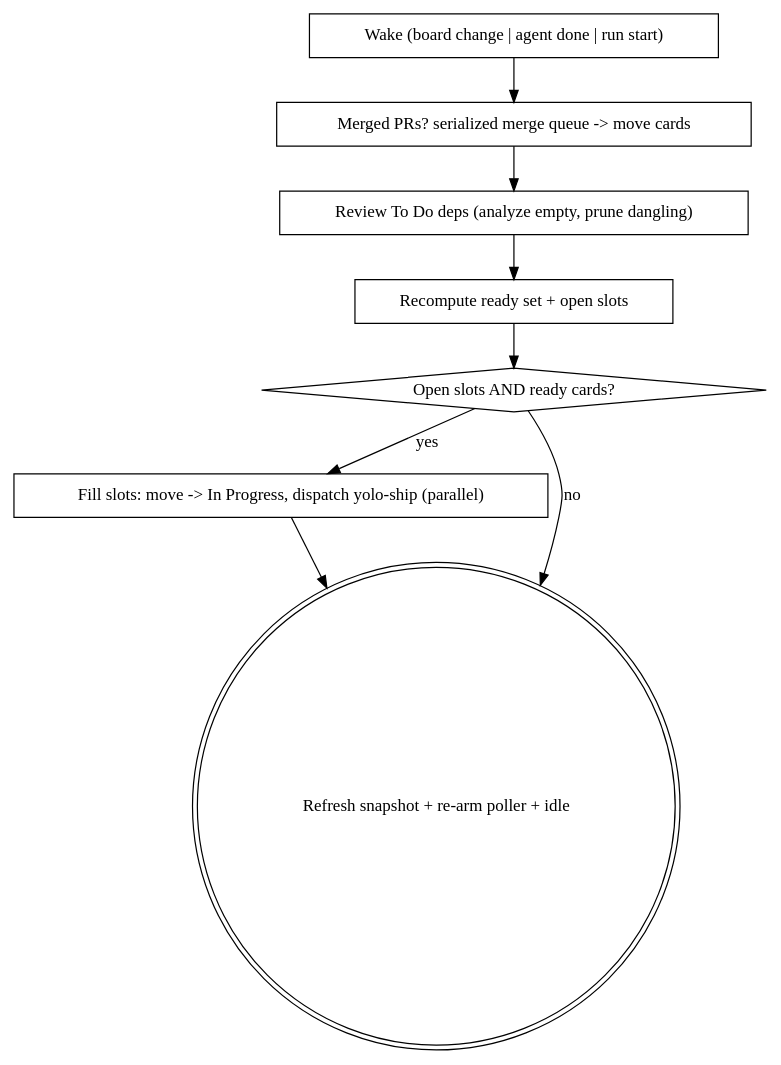
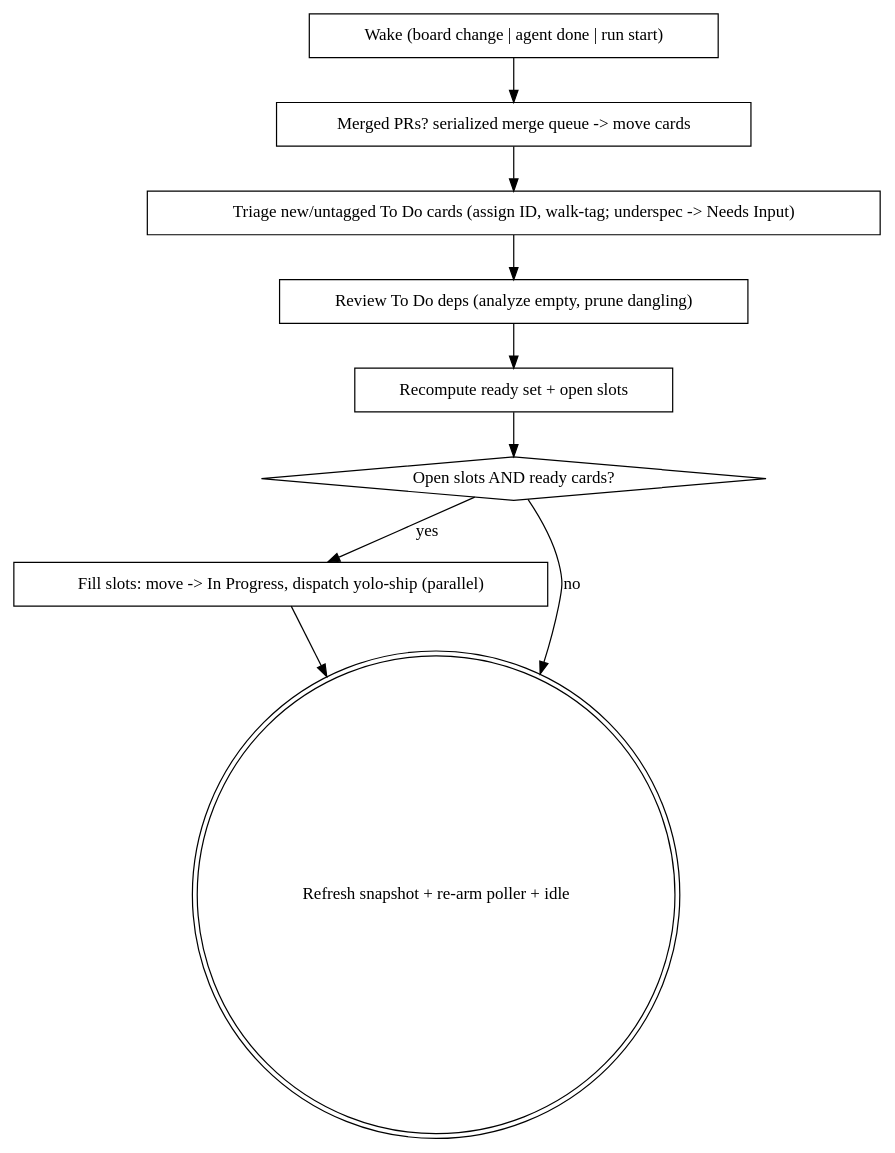
The diagram in .claude/skills/auto-ship/SKILL.md (project-ax/ax-next), drawn with Graphviz before and after one commit. The commit also changed other lines of this file and 3 other files, not shown here.

First line of the commit message:
auto-ship: add Needs Input lane + triage gate

````diff
--- a/.claude/skills/auto-ship/SKILL.md
+++ b/.claude/skills/auto-ship/SKILL.md
@@ -82,19 +89,21 @@
 ```dot
 digraph autoship {
   "Wake (board change | agent done | run start)" [shape=box];
+  "Triage new/untagged To Do cards (assign ID, walk-tag; underspec -> Needs Input)" [shape=box];
   "Review To Do deps (analyze empty, prune dangling)" [shape=box];
   "Recompute ready set + open slots" [shape=box];
   "Open slots AND ready cards?" [shape=diamond];
   "Fill slots: move -> In Progress, dispatch yolo-ship (parallel)" [shape=box];
   "Merged PRs? serialized merge queue -> move cards" [shape=box];
   "Refresh snapshot + re-arm poller + idle" [shape=doublecircle];
 
   "Wake (board change | agent done | run start)" -> "Merged PRs? serialized merge queue -> move cards";
-  "Merged PRs? serialized merge queue -> move cards" -> "Review To Do deps (analyze empty, prune dangling)";
+  "Merged PRs? serialized merge queue -> move cards" -> "Triage new/untagged To Do cards (assign ID, walk-tag; underspec -> Needs Input)";
+  "Triage new/untagged To Do cards (assign ID, walk-tag; underspec -> Needs Input)" -> "Review To Do deps (analyze empty, prune dangling)";
   "Review To Do deps (analyze empty, prune dangling)" -> "Recompute ready set + open slots";
   "Recompute ready set + open slots" -> "Open slots AND ready cards?";
   "Open slots AND ready cards?" -> "Fill slots: move -> In Progress, dispatch yolo-ship (parallel)" [label="yes"];
   "Fill slots: move -> In Progress, dispatch yolo-ship (parallel)" -> "Refresh snapshot + re-arm poller + idle";
   "Open slots AND ready cards?" -> "Refresh snapshot + re-arm poller + idle" [label="no"];
 }
 ```
````
